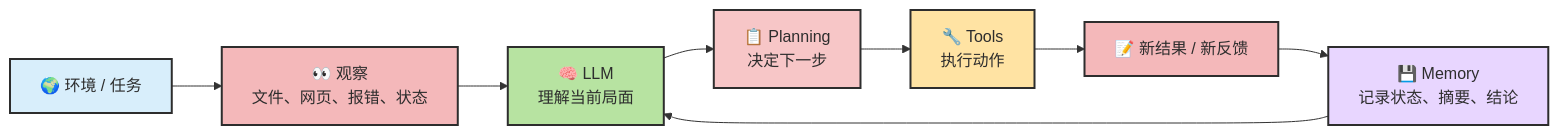
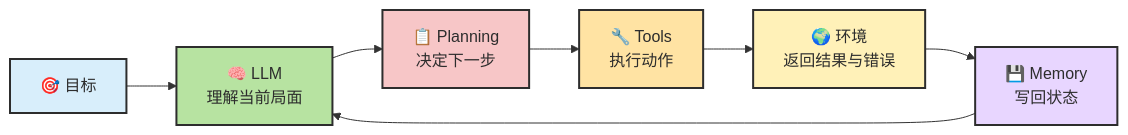
Before and after one commit to zht043/AgenticCodingTutorial: the eighth of 15 diagrams in docs/chapters/ch02-concepts.md, drawn with Mermaid. The commit also changed other lines of this file and 26 other files, not shown here.

````diff
--- a/docs/chapters/ch02-concepts.md
+++ b/docs/chapters/ch02-concepts.md
@@ -307,17 +312,11 @@
 ```mermaid
 flowchart LR
-    classDef env fill:#d8eefb,stroke:#2d2d2d,stroke-width:2px,color:#2d2d2d
-    classDef llm fill:#b7e3a1,stroke:#2d2d2d,stroke-width:2px,color:#2d2d2d
+    classDef goal fill:#d8eefb,stroke:#2d2d2d,stroke-width:2px,color:#2d2d2d
+    classDef model fill:#b7e3a1,stroke:#2d2d2d,stroke-width:2px,color:#2d2d2d
     classDef plan fill:#f7c6c7,stroke:#2d2d2d,stroke-width:2px,color:#2d2d2d
     classDef tool fill:#ffe3a3,stroke:#2d2d2d,stroke-width:2px,color:#2d2d2d
+    classDef env fill:#fff1b8,stroke:#2d2d2d,stroke-width:2px,color:#2d2d2d
     classDef mem fill:#e8d6ff,stroke:#2d2d2d,stroke-width:2px,color:#2d2d2d
-    classDef obs fill:#f4b8ba,stroke:#2d2d2d,stroke-width:2px,color:#2d2d2d
 
-    E["🌍 环境 / 任务"]:::env --> O["👀 观察<br/>文件、网页、报错、状态"]:::obs
-    O --> L["🧠 LLM<br/>理解当前局面"]:::llm
-    L --> P["📋 Planning<br/>决定下一步"]:::plan
-    P --> T["🔧 Tools<br/>执行动作"]:::tool
-    T --> R["📝 新结果 / 新反馈"]:::obs
-    R --> M["💾 Memory<br/>记录状态、摘要、结论"]:::mem
-    M --> L
+    G["🎯 目标"]:::goal --> L["🧠 LLM<br/>理解当前局面"]:::model --> P["📋 Planning<br/>决定下一步"]:::plan --> T["🔧 Tools<br/>执行动作"]:::tool --> E["🌍 环境<br/>返回结果与错误"]:::env --> M["💾 Memory<br/>写回状态"]:::mem --> L
 ```
````
